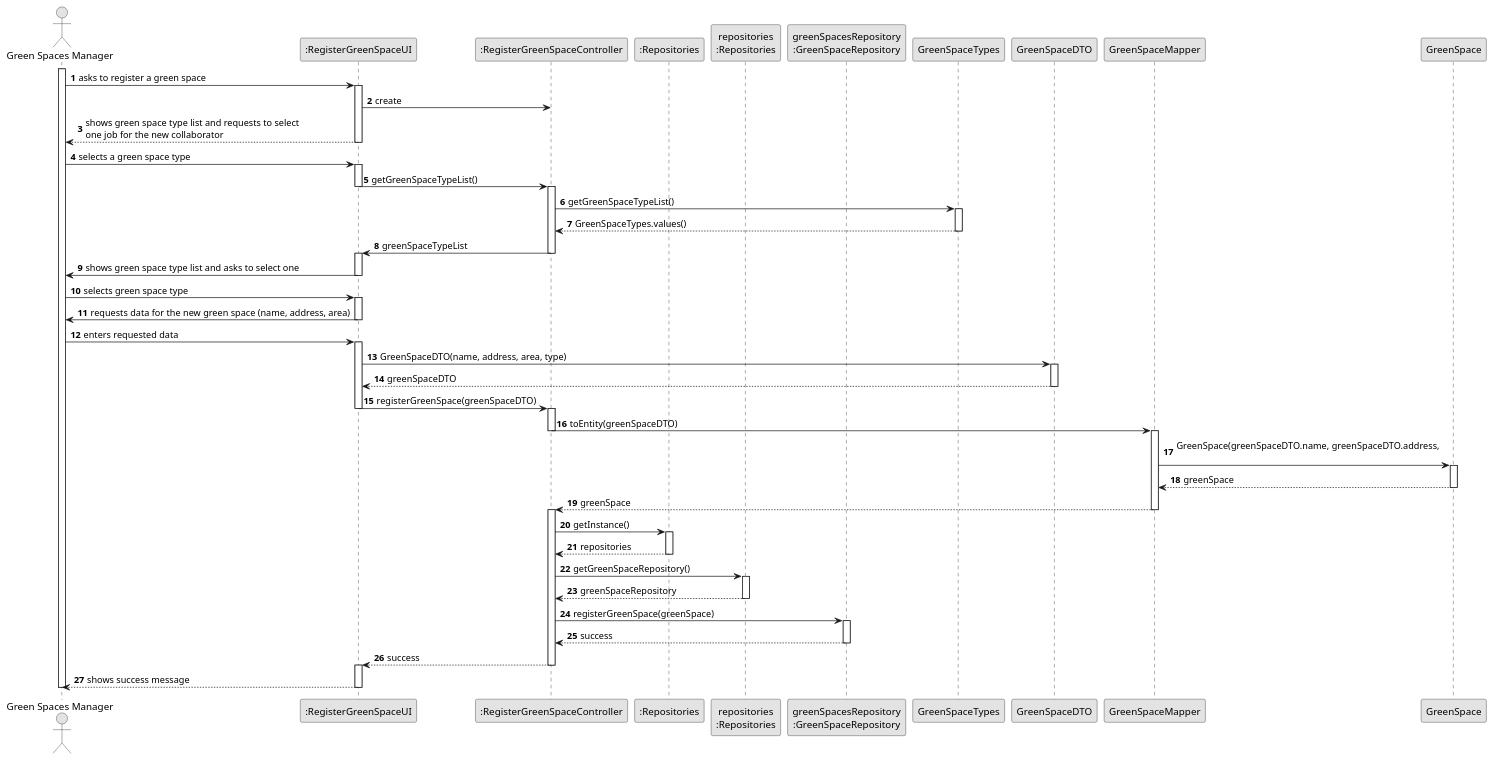
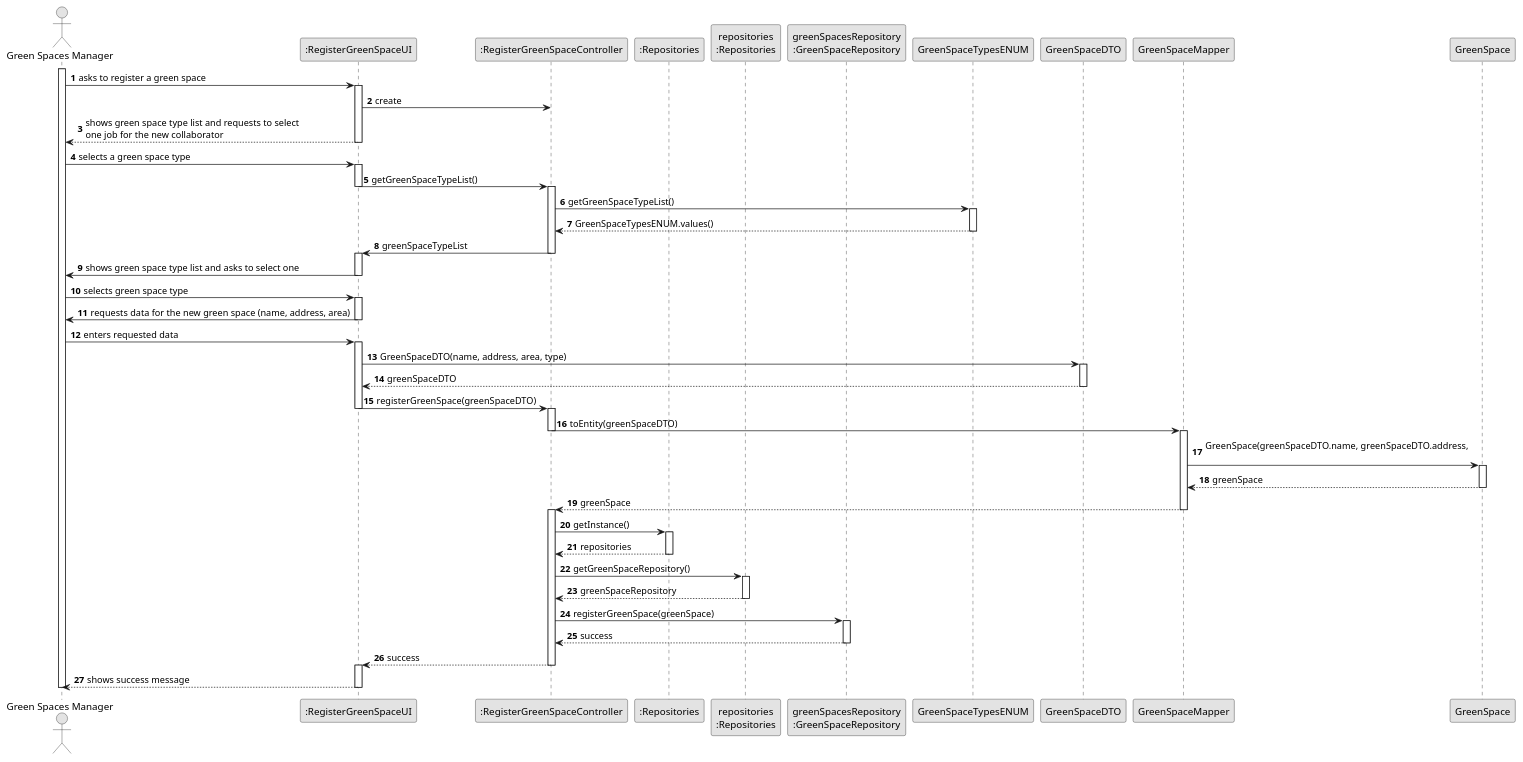
Before and after one commit to Departamento-de-Engenharia-Informatica/lei-24-s2-1do-g164: the diagram in docs/sprintC/us020/03.design/puml/us020-sequence-diagram-full.puml, drawn with PlantUML. The commit also changed 42 other files, not shown here.

```diff
--- a/docs/sprintC/us020/03.design/puml/us020-sequence-diagram-full.puml
+++ b/docs/sprintC/us020/03.design/puml/us020-sequence-diagram-full.puml
@@ -1,98 +1,98 @@
 @startuml
 skinparam monochrome true
 skinparam packageStyle rectangle
 skinparam shadowing false
 
 autonumber
 
 'hide footbox
 actor "Green Spaces Manager" as HRM
 participant ":RegisterGreenSpaceUI" as UI
 participant ":RegisterGreenSpaceController" as CTRL
 participant ":Repositories" as RepositorySingleton
 participant "repositories\n:Repositories" as PLAT
 participant "greenSpacesRepository\n:GreenSpaceRepository" as collaboratorRepository
-participant "GreenSpaceTypes" as DocumentTypeRepository
+participant "GreenSpaceTypesENUM" as DocumentTypeRepository
 participant "GreenSpaceDTO" as GreenSpaceDTO
 activate HRM
 
     HRM -> UI : asks to register a green space
     activate UI
 
     UI -> CTRL : create
 
     UI --> HRM : shows green space type list and requests to select \none job for the new collaborator
     deactivate UI
 
     HRM -> UI : selects a green space type
     activate UI
     UI -> CTRL : getGreenSpaceTypeList()
     deactivate UI
     activate CTRL
     CTRL -> DocumentTypeRepository : getGreenSpaceTypeList()
 
     activate DocumentTypeRepository
-    DocumentTypeRepository --> CTRL : GreenSpaceTypes.values()
+    DocumentTypeRepository --> CTRL : GreenSpaceTypesENUM.values()
     deactivate DocumentTypeRepository
     CTRL -> UI : greenSpaceTypeList
 
     deactivate CTRL
     activate UI
 
     UI -> HRM : shows green space type list and asks to select one
     deactivate UI
     HRM -> UI : selects green space type
     activate UI
     UI -> HRM : requests data for the new green space (name, address, area)
     deactivate UI
     HRM -> UI : enters requested data
     activate UI
 
 
 UI -> "GreenSpaceDTO" : GreenSpaceDTO(name, address, area, type)
 activate "GreenSpaceDTO"
 "GreenSpaceDTO"--> UI : greenSpaceDTO
 deactivate "GreenSpaceDTO"
     UI -> CTRL : registerGreenSpace(greenSpaceDTO)
     deactivate UI
     activate CTRL
     CTRL -> "GreenSpaceMapper" : toEntity(greenSpaceDTO)
     deactivate CTRL
     activate "GreenSpaceMapper"
     "GreenSpaceMapper" -> "GreenSpace" : GreenSpace(greenSpaceDTO.name, greenSpaceDTO.address, \n
     activate GreenSpace
     "GreenSpace" --> "GreenSpaceMapper" : greenSpace
     deactivate GreenSpace
     "GreenSpaceMapper" --> CTRL : greenSpace
     deactivate "GreenSpaceMapper"
     activate CTRL
 
 
     ' Use GreenSpaceDTO to encapsulate data
     CTRL -> RepositorySingleton : getInstance()
     activate RepositorySingleton
     RepositorySingleton --> CTRL : repositories
     deactivate RepositorySingleton
 
     CTRL -> PLAT : getGreenSpaceRepository()
     activate PLAT
     PLAT --> CTRL : greenSpaceRepository
     deactivate PLAT
 
     ' Pass GreenSpaceDTO to the repository
     CTRL -> collaboratorRepository : registerGreenSpace(greenSpace)
     activate collaboratorRepository
 
     collaboratorRepository --> CTRL : success
 
     deactivate collaboratorRepository
     CTRL --> UI : success
     deactivate CTRL
     activate UI
 
     UI --> HRM : shows success message
     deactivate UI
 
 deactivate HRM
 
 @enduml
```
